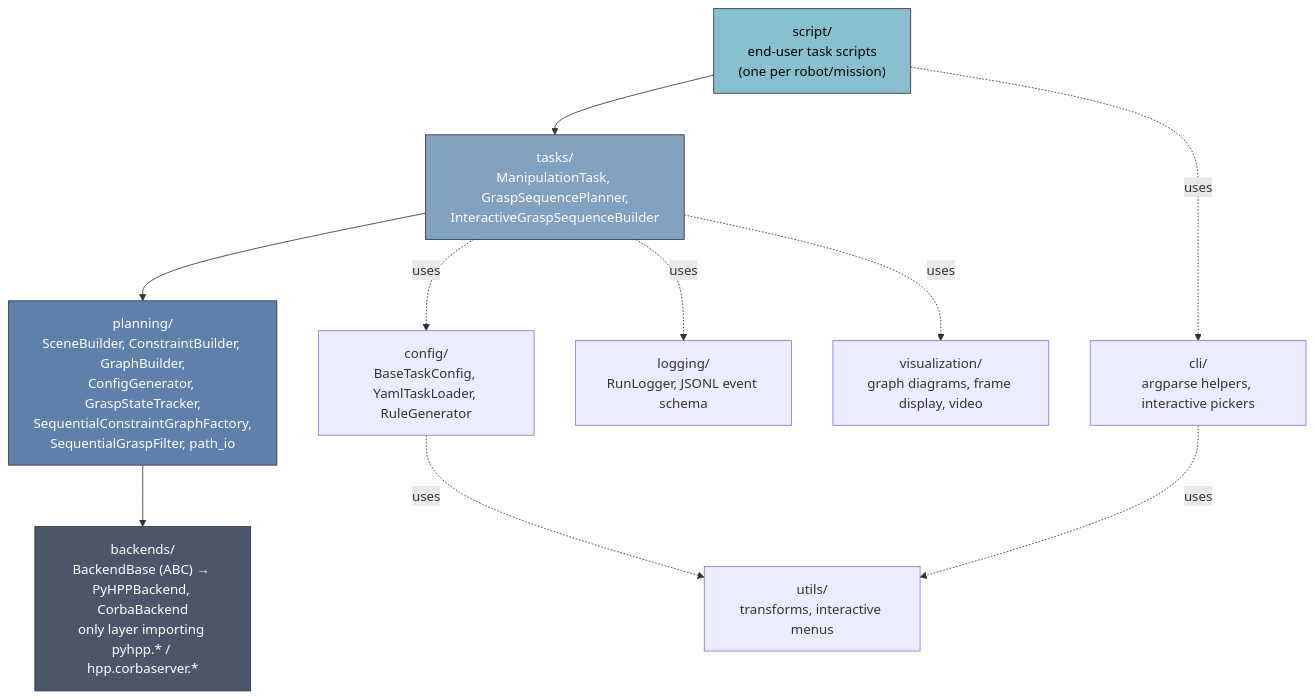
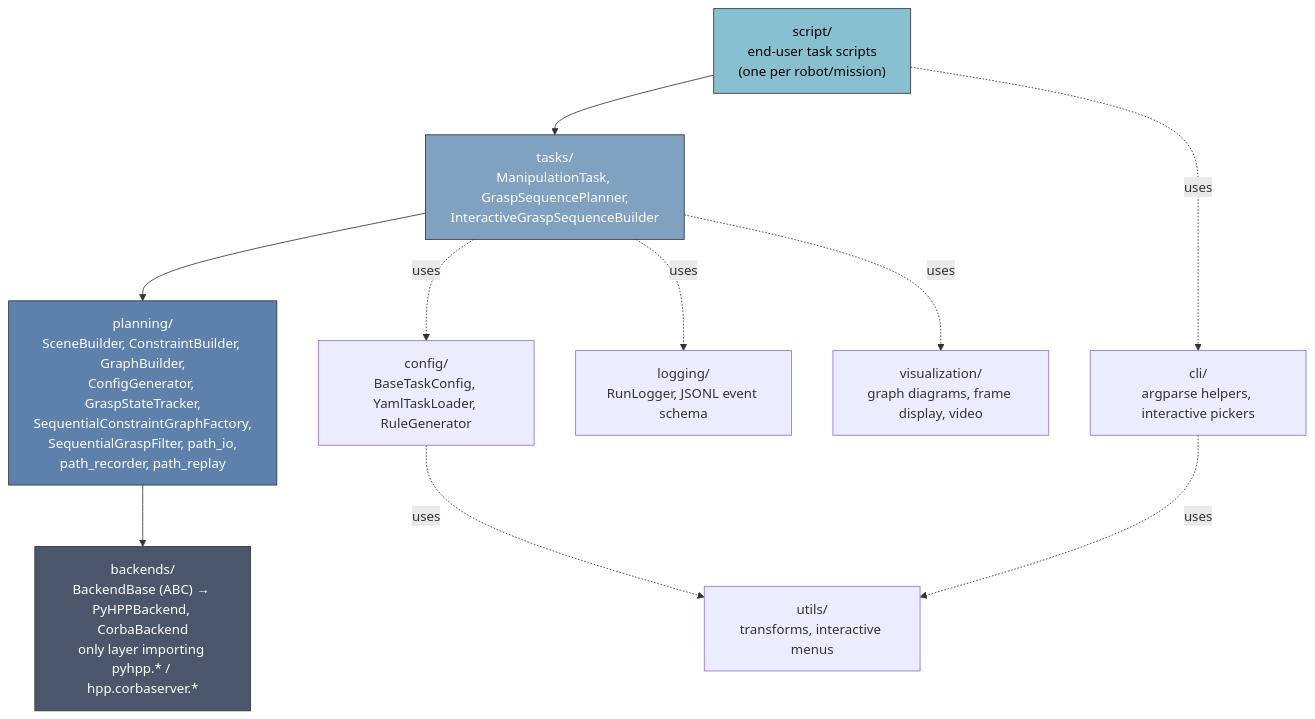
The first of 2 diagrams in ARCHITECTURE.md (thanhndv212/long-tamp), drawn with Mermaid before and after one commit. The commit also changed other lines of this file, not shown here.

Commit message:
docs: update architecture documentation to include new path recording and replay features

````diff
--- a/ARCHITECTURE.md
+++ b/ARCHITECTURE.md
@@ -75,29 +81,29 @@
 ```mermaid
 flowchart TB
     script["script/<br/>end-user task scripts<br/>(one per robot/mission)"]
     tasks["tasks/<br/>ManipulationTask, GraspSequencePlanner,<br/>InteractiveGraspSequenceBuilder"]
-    planning["planning/<br/>SceneBuilder, ConstraintBuilder, GraphBuilder,<br/>ConfigGenerator, GraspStateTracker,<br/>SequentialConstraintGraphFactory,<br/>SequentialGraspFilter, path_io"]
+    planning["planning/<br/>SceneBuilder, ConstraintBuilder, GraphBuilder,<br/>ConfigGenerator, GraspStateTracker,<br/>SequentialConstraintGraphFactory,<br/>SequentialGraspFilter, path_io,<br/>path_recorder, path_replay"]
     backends["backends/<br/>BackendBase (ABC) → PyHPPBackend, CorbaBackend<br/>only layer importing pyhpp.* / hpp.corbaserver.*"]
 
     config["config/<br/>BaseTaskConfig, YamlTaskLoader, RuleGenerator"]
     logging_["logging/<br/>RunLogger, JSONL event schema"]
     viz["visualization/<br/>graph diagrams, frame display, video"]
     utils["utils/<br/>transforms, interactive menus"]
     cli["cli/<br/>argparse helpers, interactive pickers"]
 
     script --> tasks
     tasks --> planning
     planning --> backends
 
     tasks -.uses.-> config
     tasks -.uses.-> logging_
     tasks -.uses.-> viz
     script -.uses.-> cli
     cli -.uses.-> utils
     config -.uses.-> utils
 
     style backends fill:#4c566a,stroke:#2e3440,color:#fff
     style planning fill:#5e81ac,stroke:#2e3440,color:#fff
     style tasks fill:#81a1c1,stroke:#2e3440,color:#fff
     style script fill:#88c0d0,stroke:#2e3440,color:#000
 ```
````
